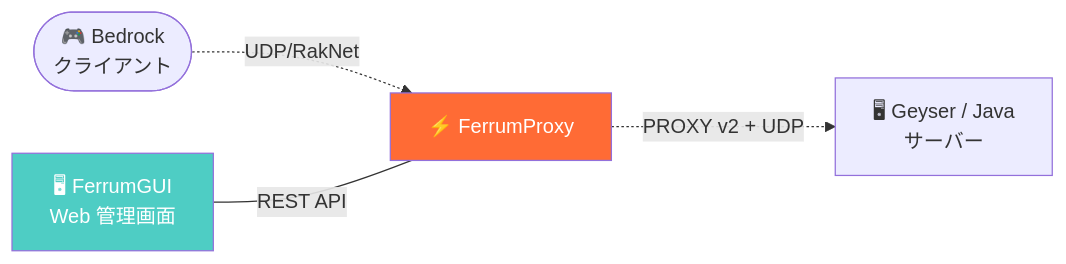
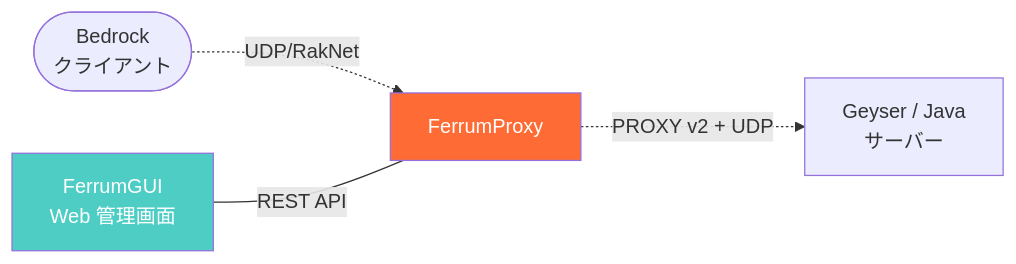
Before and after one commit to gamelist1990/FerrumProxy: the first of 3 diagrams in README.md, drawn with Mermaid. The commit also changed other lines of this file and 4 other files, not shown here.

````diff
--- a/README.md
+++ b/README.md
@@ -65,14 +65,14 @@
 ```mermaid
 graph LR
-    Client([🎮 Bedrock<br/>クライアント])
-    Proxy[⚡ FerrumProxy]
-    Backend[🖥 Geyser / Java<br/>サーバー]
-    GUI[🖥 FerrumGUI<br/>Web 管理画面]
+    Client([Bedrock<br/>クライアント])
+    Proxy[FerrumProxy]
+    Backend[Geyser / Java<br/>サーバー]
+    GUI[FerrumGUI<br/>Web 管理画面]
 
     Client -.UDP/RakNet.-> Proxy
     Proxy -.PROXY v2 + UDP.-> Backend
     GUI ---|REST API| Proxy
 
     style Proxy fill:#ff6b35,color:#fff
     style GUI fill:#4ecdc4,color:#fff
 ```
````
